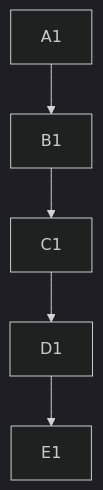
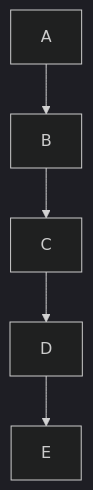
The sixth of 25 diagrams in test_folder/input/test_long.MD (Dr-Lazarus/MD-to-Tex), drawn with Mermaid (dark theme) before and after one commit. The commit also changed other lines of this file and 7 other files, not shown here.

Commit message:
feat: Add class diagrams

````diff
--- a/test_folder/input/test_long.MD
+++ b/test_folder/input/test_long.MD
@@ -84,7 +88,7 @@
 ```mermaid
 graph TD;
-    A1-->B1;
-    B1-->C1;
-    C1-->D1;
-    D1-->E1;
+    A-->B;
+    B-->C;
+    C-->D;
+    D-->E;
 ```
````
